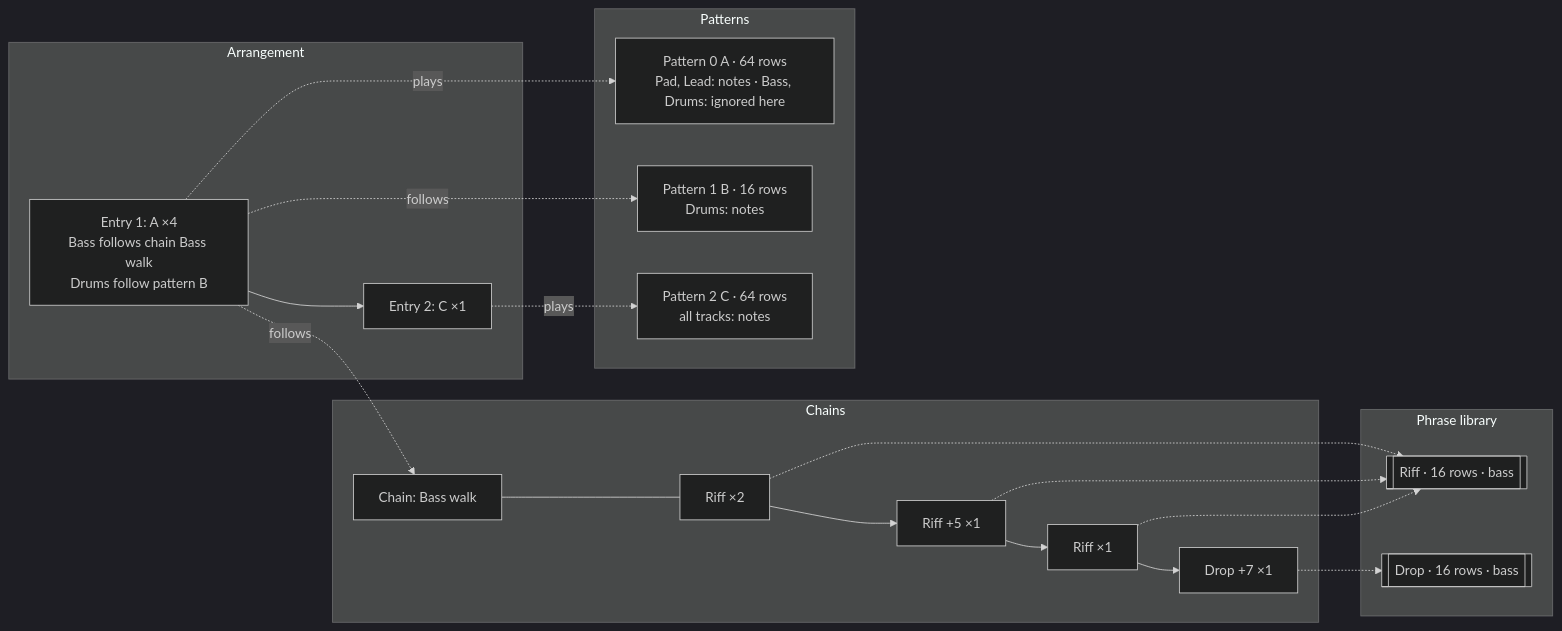
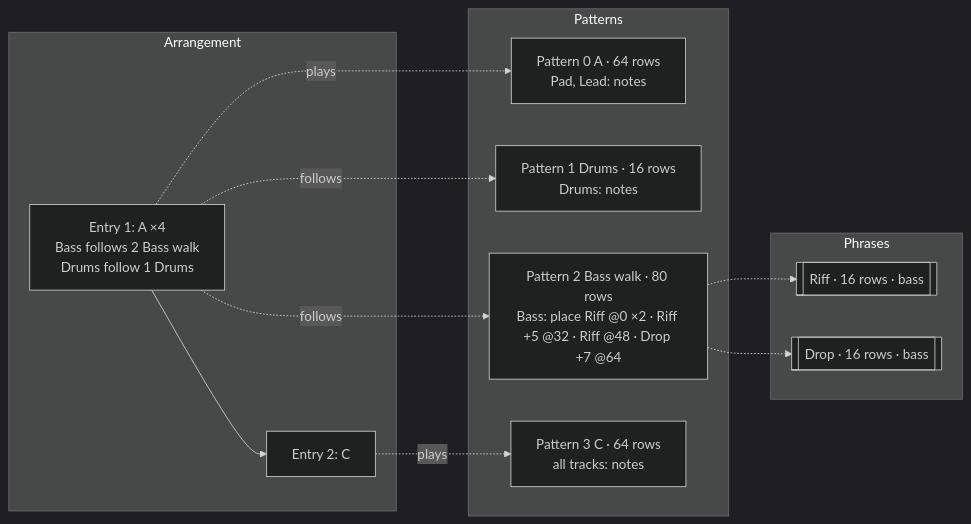
The fourth of 6 diagrams in docs/domain.md (ajturner/tutti-music), drawn with Mermaid (dark theme) before and after one commit. The commit also changed other lines of this file, not shown here.

Commit message:
Domain model: drop chains, one Material shape, placements repeat, self-consistent example file

````diff
--- a/docs/domain.md
+++ b/docs/domain.md
@@ -215,30 +223,24 @@
 ```mermaid
 flowchart LR
-  subgraph Library["Phrase library"]
+  subgraph Phrases
     r[["Riff · 16 rows · bass"]]
     d[["Drop · 16 rows · bass"]]
   end
-  subgraph Chains
-    c1["Chain: Bass walk"]
-    l1["Riff ×2"] --> l2["Riff +5 ×1"] --> l3["Riff ×1"] --> l4["Drop +7 ×1"]
-    c1 --- l1
+  subgraph Patterns
+    A["Pattern 0 A · 64 rows<br/>Pad, Lead: notes"]
+    B["Pattern 1 Drums · 16 rows<br/>Drums: notes"]
+    W["Pattern 2 Bass walk · 80 rows<br/>Bass: place Riff @0 ×2 · Riff +5 @32 · Riff @48 · Drop +7 @64"]
+    C["Pattern 3 C · 64 rows<br/>all tracks: notes"]
   end
-  l1 -.-> r
-  l2 -.-> r
-  l3 -.-> r
-  l4 -.-> d
+  W -.-> r
+  W -.-> d
   subgraph Arrangement
-    e1["Entry 1: A ×4<br/>Bass follows chain Bass walk<br/>Drums follow pattern B"]
-    e2["Entry 2: C ×1"]
+    e1["Entry 1: A ×4<br/>Bass follows 2 Bass walk<br/>Drums follow 1 Drums"]
+    e2["Entry 2: C"]
     e1 --> e2
   end
-  subgraph Patterns
-    A["Pattern 0 A · 64 rows<br/>Pad, Lead: notes · Bass, Drums: ignored here"]
-    B["Pattern 1 B · 16 rows<br/>Drums: notes"]
-    C["Pattern 2 C · 64 rows<br/>all tracks: notes"]
-  end
   e1 -.plays.-> A
-  e1 -.follows.-> c1
+  e1 -.follows.-> W
   e1 -.follows.-> B
   e2 -.plays.-> C
 ```
````
